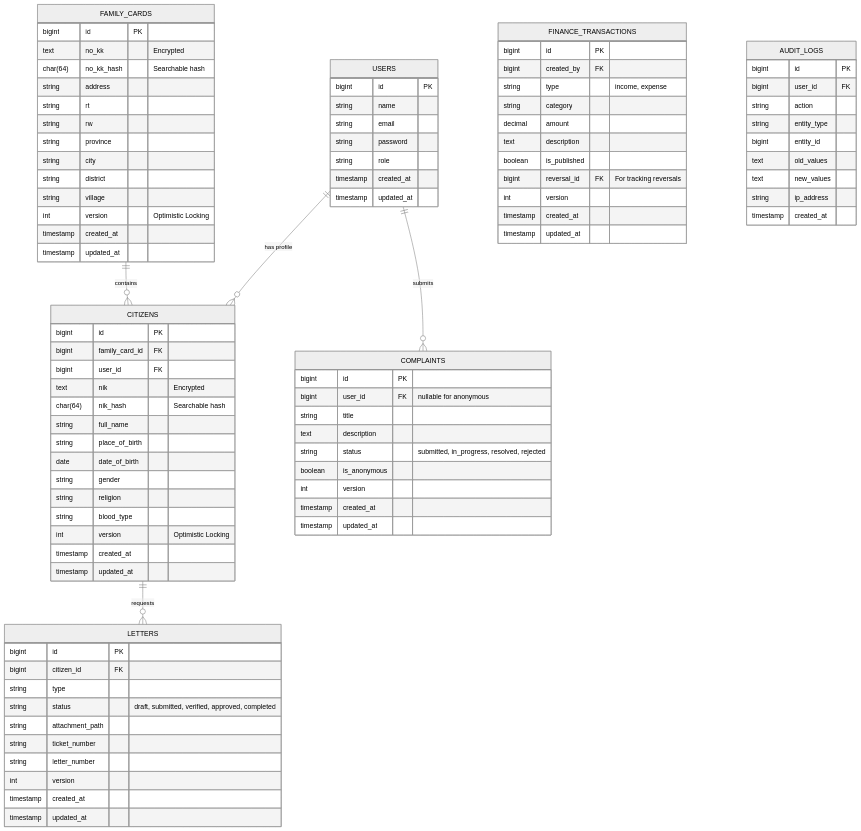
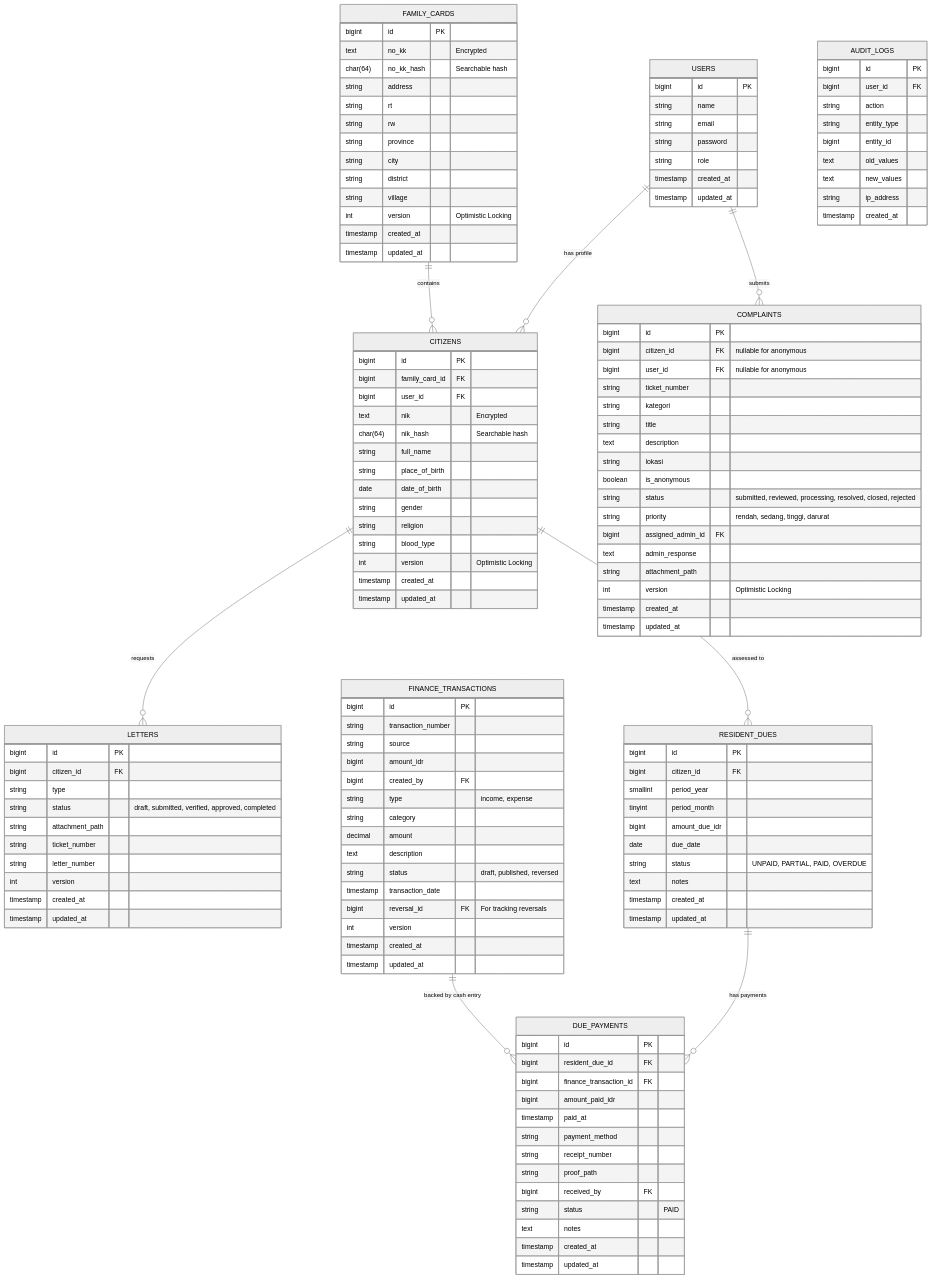
Before and after one commit to not162/platform-layanan-publik-warga: the diagram in docs/design/ERD.md, drawn with Mermaid (neutral theme). The commit also changed 3 other files, not shown here.

Commit message:
feat(sprint-5): align system modeling diagrams, user complaints relation, and finalize sprint test suites

```diff
--- a/docs/design/ERD.md
+++ b/docs/design/ERD.md
@@ -61,27 +61,71 @@
         timestamp updated_at
     }
 
+    CITIZENS ||--o{ RESIDENT_DUES : "assessed to"
+    RESIDENT_DUES {
+        bigint id PK
+        bigint citizen_id FK
+        smallint period_year
+        tinyint period_month
+        bigint amount_due_idr
+        date due_date
+        string status "UNPAID, PARTIAL, PAID, OVERDUE"
+        text notes
+        timestamp created_at
+        timestamp updated_at
+    }
+
+    RESIDENT_DUES ||--o{ DUE_PAYMENTS : "has payments"
+    FINANCE_TRANSACTIONS ||--o{ DUE_PAYMENTS : "backed by cash entry"
+    DUE_PAYMENTS {
+        bigint id PK
+        bigint resident_due_id FK
+        bigint finance_transaction_id FK
+        bigint amount_paid_idr
+        timestamp paid_at
+        string payment_method
+        string receipt_number
+        string proof_path
+        bigint received_by FK
+        string status "PAID"
+        text notes
+        timestamp created_at
+        timestamp updated_at
+    }
+
     USERS ||--o{ COMPLAINTS : "submits"
     COMPLAINTS {
         bigint id PK
+        bigint citizen_id FK "nullable for anonymous"
         bigint user_id FK "nullable for anonymous"
+        string ticket_number
+        string kategori
         string title
         text description
-        string status "submitted, in_progress, resolved, rejected"
+        string lokasi
         boolean is_anonymous
-        int version
+        string status "submitted, reviewed, processing, resolved, closed, rejected"
+        string priority "rendah, sedang, tinggi, darurat"
+        bigint assigned_admin_id FK
+        text admin_response
+        string attachment_path
+        int version "Optimistic Locking"
         timestamp created_at
         timestamp updated_at
     }
 
     FINANCE_TRANSACTIONS {
         bigint id PK
+        string transaction_number
+        string source
+        bigint amount_idr
         bigint created_by FK
         string type "income, expense"
         string category
         decimal amount
         text description
-        boolean is_published
+        string status "draft, published, reversed"
+        timestamp transaction_date
         bigint reversal_id FK "For tracking reversals"
         int version
         timestamp created_at
```
